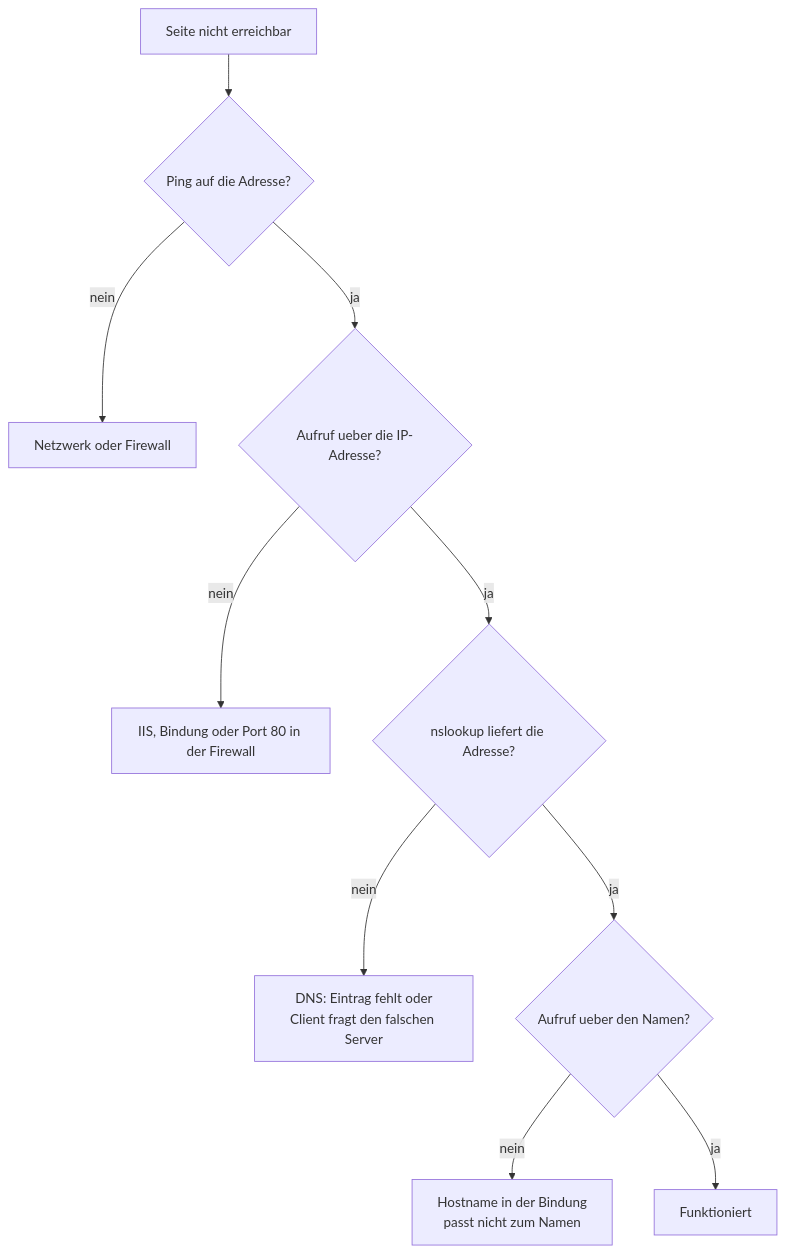
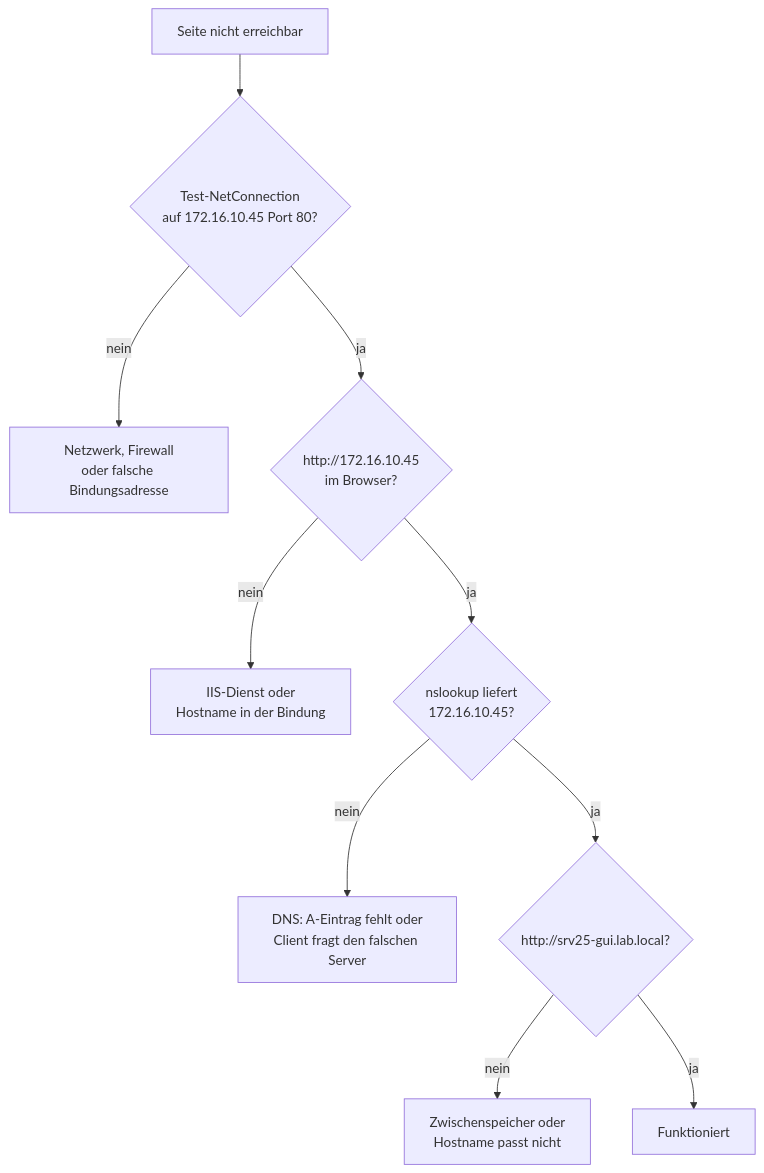
The second of 2 diagrams in docs/08-iis-und-dns.md (tafirnat/windows-server-lab), drawn with Mermaid before and after one commit. The commit also changed other lines of this file and 7 other files, not shown here.

````diff
--- a/docs/08-iis-und-dns.md
+++ b/docs/08-iis-und-dns.md
@@ -234,12 +341,12 @@
 ```mermaid
 flowchart TD
-    A["Seite nicht erreichbar"] --> B{"Ping auf die Adresse?"}
-    B -->|nein| B1["Netzwerk oder Firewall"]
-    B -->|ja| C{"Aufruf ueber die IP-Adresse?"}
-    C -->|nein| C1["IIS, Bindung oder Port 80 in der Firewall"]
-    C -->|ja| D{"nslookup liefert die Adresse?"}
-    D -->|nein| D1["DNS: Eintrag fehlt oder<br/>Client fragt den falschen Server"]
-    D -->|ja| E{"Aufruf ueber den Namen?"}
-    E -->|nein| E1["Hostname in der Bindung<br/>passt nicht zum Namen"]
+    A["Seite nicht erreichbar"] --> B{"Test-NetConnection<br/>auf 172.16.10.45 Port 80?"}
+    B -->|nein| B1["Netzwerk, Firewall<br/>oder falsche Bindungsadresse"]
+    B -->|ja| C{"http://172.16.10.45<br/>im Browser?"}
+    C -->|nein| C1["IIS-Dienst oder<br/>Hostname in der Bindung"]
+    C -->|ja| D{"nslookup liefert<br/>172.16.10.45?"}
+    D -->|nein| D1["DNS: A-Eintrag fehlt oder<br/>Client fragt den falschen Server"]
+    D -->|ja| E{"http://srv25-gui.lab.local?"}
+    E -->|nein| E1["Zwischenspeicher oder<br/>Hostname passt nicht"]
     E -->|ja| F["Funktioniert"]
 ```
````
